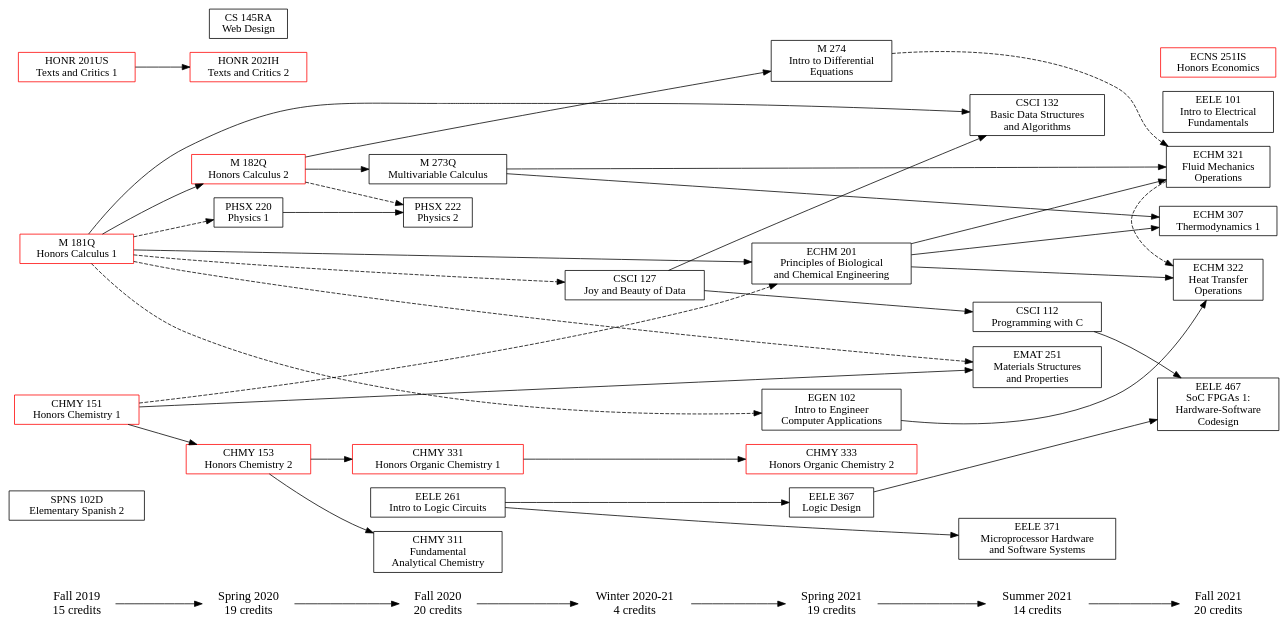
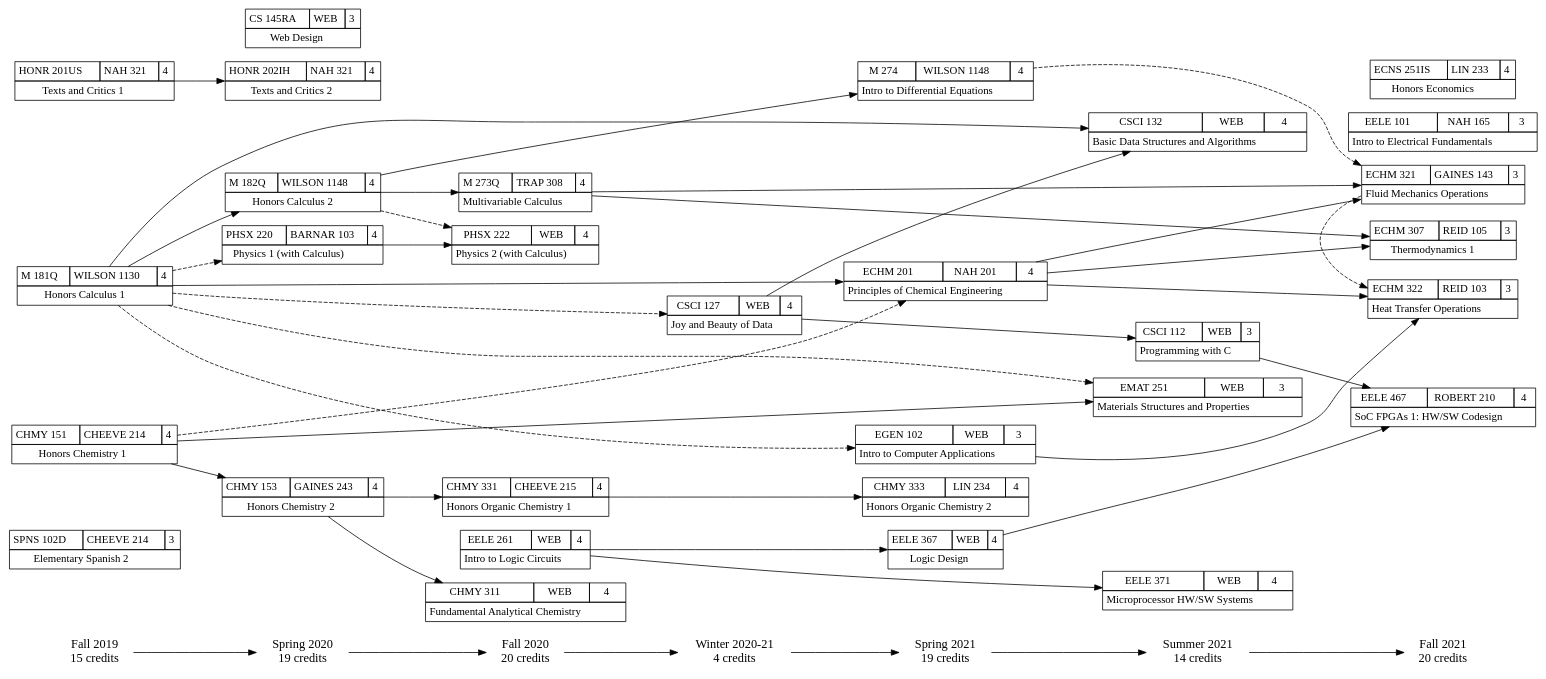
One commit to w-culhane/courses-flowchart changed the diagram in courses_current.gv. Above: the diagram before and after it, drawn with Graphviz. The commit also changed 1 other file, not shown here.

Commit message:
Migrate current courses to table format

```diff
--- a/courses_current.gv
+++ b/courses_current.gv
@@ -14,7 +14,7 @@
     "Summer 2021"    [label="\N\n14 credits"]
     "Fall 2021"      [label="\N\n20 credits"]
 
-    {node [shape=box];
+    {node [shape=none,margin=0];
         { rank = same; "Fall 2019"; "SPNS 102D"; "M 181Q"; "HONR 201US"; "CHMY 151"; }
         { rank = same; "Spring 2020"; "PHSX 220"; "M 182Q"; "HONR 202IH"; "CS 145RA"; "CHMY 153"; }
         { rank = same; "Fall 2020"; "PHSX 222"; "M 273Q"; "EELE 261"; "CHMY 331"; "CHMY 311"; }
@@ -25,61 +25,324 @@
     }
 
     // Honors classes
-    "CHMY 151"   [color=red]
-    "CHMY 153"   [color=red]
-    "CHMY 331"   [color=red]
-    "CHMY 333"   [color=red]
-    "HONR 201US" [color=red]
-    "HONR 202IH" [color=red]
-    "M 181Q"     [color=red]
-    "M 182Q"     [color=red]
-    "ECNS 251IS" [color=red]
+    // "CHMY 151"   [color=red]
+    // "CHMY 153"   [color=red]
+    // "CHMY 331"   [color=red]
+    // "CHMY 333"   [color=red]
+    // "HONR 201US" [color=red]
+    // "HONR 202IH" [color=red]
+    // "M 181Q"     [color=red]
+    // "M 182Q"     [color=red]
+    // "ECNS 251IS" [color=red]
 
     // Course labels
 
     // Fall 2019
-    "CHMY 151"   [label="\N\nHonors Chemistry 1"]
-    "HONR 201US" [label="\N\nTexts and Critics 1"]
-    "M 181Q"     [label="\N\nHonors Calculus 1"]
-    "SPNS 102D"  [label="\N\nElementary Spanish 2"]
+    "CHMY 151" [label=<
+    <TABLE BORDER="0" CELLBORDER="1" CELLSPACING="0" CELLPADDING="4">
+    <TR>
+    <TD>\N</TD>
+    <TD>CHEEVE 214</TD>
+    <TD>4</TD>
+    </TR>
+    <TR><TD COLSPAN="3">Honors Chemistry 1</TD></TR>
+    </TABLE>>];
+
+    "HONR 201US" [label=<
+    <TABLE BORDER="0" CELLBORDER="1" CELLSPACING="0" CELLPADDING="4">
+    <TR>
+    <TD>\N</TD>
+    <TD>NAH 321</TD>
+    <TD>4</TD>
+    </TR>
+    <TR><TD COLSPAN="3">Texts and Critics 1</TD></TR>
+    </TABLE>>];
+
+    "M 181Q" [label=<
+    <TABLE BORDER="0" CELLBORDER="1" CELLSPACING="0" CELLPADDING="4">
+    <TR>
+    <TD>\N</TD>
+    <TD>WILSON 1130</TD>
+    <TD>4</TD>
+    </TR>
+    <TR><TD COLSPAN="3">Honors Calculus 1</TD></TR>
+    </TABLE>>];
+
+    "SPNS 102D" [label=<
+    <TABLE BORDER="0" CELLBORDER="1" CELLSPACING="0" CELLPADDING="4">
+    <TR>
+    <TD>\N</TD>
+    <TD>CHEEVE 214</TD>
+    <TD>3</TD>
+    </TR>
+    <TR><TD COLSPAN="3">Elementary Spanish 2</TD></TR>
+    </TABLE>>];
 
     // Spring 2020
-    "CHMY 153"   [label="\N\nHonors Chemistry 2"]
-    "CS 145RA"   [label="\N\nWeb Design"]
-    "HONR 202IH" [label="\N\nTexts and Critics 2"]
-    "M 182Q"     [label="\N\nHonors Calculus 2"]
-    "PHSX 220"   [label="\N\nPhysics 1"]
+    "CHMY 153" [label=<
+    <TABLE BORDER="0" CELLBORDER="1" CELLSPACING="0" CELLPADDING="4">
+    <TR>
+    <TD>\N</TD>
+    <TD>GAINES 243</TD>
+    <TD>4</TD>
+    </TR>
+    <TR><TD COLSPAN="3">Honors Chemistry 2</TD></TR>
+    </TABLE>>];
+
+    "CS 145RA" [label=<
+    <TABLE BORDER="0" CELLBORDER="1" CELLSPACING="0" CELLPADDING="4">
+    <TR>
+    <TD>\N</TD>
+    <TD>WEB</TD>
+    <TD>3</TD>
+    </TR>
+    <TR><TD COLSPAN="3">Web Design</TD></TR>
+    </TABLE>>];
+
+    "HONR 202IH" [label=<
+    <TABLE BORDER="0" CELLBORDER="1" CELLSPACING="0" CELLPADDING="4">
+    <TR>
+    <TD>\N</TD>
+    <TD>NAH 321</TD>
+    <TD>4</TD>
+    </TR>
+    <TR><TD COLSPAN="3">Texts and Critics 2</TD></TR>
+    </TABLE>>];
+
+    "M 182Q" [label=<
+    <TABLE BORDER="0" CELLBORDER="1" CELLSPACING="0" CELLPADDING="4">
+    <TR>
+    <TD>\N</TD>
+    <TD>WILSON 1148</TD>
+    <TD>4</TD>
+    </TR>
+    <TR><TD COLSPAN="3">Honors Calculus 2</TD></TR>
+    </TABLE>>];
+
+    "PHSX 220" [label=<
+    <TABLE BORDER="0" CELLBORDER="1" CELLSPACING="0" CELLPADDING="4">
+    <TR>
+    <TD>\N</TD>
+    <TD>BARNAR 103</TD>
+    <TD>4</TD>
+    </TR>
+    <TR><TD COLSPAN="3">Physics 1 (with Calculus)</TD></TR>
+    </TABLE>>];
 
     // Fall 2020
-    "CHMY 311"   [label="\N\nFundamental\nAnalytical Chemistry"]
-    "CHMY 331"   [label="\N\nHonors Organic Chemistry 1"]
-    "EELE 261"   [label="\N\nIntro to Logic Circuits"]
-    "M 273Q"     [label="\N\nMultivariable Calculus"]
-    "PHSX 222"   [label="\N\nPhysics 2"]
+    "CHMY 311" [label=<
+    <TABLE BORDER="0" CELLBORDER="1" CELLSPACING="0" CELLPADDING="4">
+    <TR>
+    <TD>\N</TD>
+    <TD>WEB</TD>
+    <TD>4</TD>
+    </TR>
+    <TR><TD COLSPAN="3">Fundamental Analytical Chemistry</TD></TR>
+    </TABLE>>];
+
+    "CHMY 331" [label=<
+    <TABLE BORDER="0" CELLBORDER="1" CELLSPACING="0" CELLPADDING="4">
+    <TR>
+    <TD>\N</TD>
+    <TD>CHEEVE 215</TD>
+    <TD>4</TD>
+    </TR>
+    <TR><TD COLSPAN="3">Honors Organic Chemistry 1</TD></TR>
+    </TABLE>>];
+
+    "EELE 261" [label=<
+    <TABLE BORDER="0" CELLBORDER="1" CELLSPACING="0" CELLPADDING="4">
+    <TR>
+    <TD>\N</TD>
+    <TD>WEB</TD>
+    <TD>4</TD>
+    </TR>
+    <TR><TD COLSPAN="3">Intro to Logic Circuits</TD></TR>
+    </TABLE>>];
+
+    "M 273Q" [label=<
+    <TABLE BORDER="0" CELLBORDER="1" CELLSPACING="0" CELLPADDING="4">
+    <TR>
+    <TD>\N</TD>
+    <TD>TRAP 308</TD>
+    <TD>4</TD>
+    </TR>
+    <TR><TD COLSPAN="3">Multivariable Calculus</TD></TR>
+    </TABLE>>];
+
+    "PHSX 222" [label=<
+    <TABLE BORDER="0" CELLBORDER="1" CELLSPACING="0" CELLPADDING="4">
+    <TR>
+    <TD>\N</TD>
+    <TD>WEB</TD>
+    <TD>4</TD>
+    </TR>
+    <TR><TD COLSPAN="3">Physics 2 (with Calculus)</TD></TR>
+    </TABLE>>];
 
     // Winter 2020-21
-    "CSCI 127"   [label="\N\nJoy and Beauty of Data"]
+    "CSCI 127" [label=<
+    <TABLE BORDER="0" CELLBORDER="1" CELLSPACING="0" CELLPADDING="4">
+    <TR>
+    <TD>\N</TD>
+    <TD>WEB</TD>
+    <TD>4</TD>
+    </TR>
+    <TR><TD COLSPAN="3">Joy and Beauty of Data</TD></TR>
+    </TABLE>>];
 
     // Spring 2021
-    "CHMY 333"   [label="\N\nHonors Organic Chemistry 2"]
-    "ECHM 201"   [label="\N\nPrinciples of Biological\nand Chemical Engineering"]
-    "EELE 367"   [label="\N\nLogic Design"]
-    "EGEN 102"   [label="\N\nIntro to Engineer\nComputer Applications"]
-    "M 274"      [label="\N\nIntro to Differential\nEquations"]
+    "CHMY 333" [label=<
+    <TABLE BORDER="0" CELLBORDER="1" CELLSPACING="0" CELLPADDING="4">
+    <TR>
+    <TD>\N</TD>
+    <TD>LIN 234</TD>
+    <TD>4</TD>
+    </TR>
+    <TR><TD COLSPAN="3">Honors Organic Chemistry 2</TD></TR>
+    </TABLE>>];
+
+    "ECHM 201" [label=<
+    <TABLE BORDER="0" CELLBORDER="1" CELLSPACING="0" CELLPADDING="4">
+    <TR>
+    <TD>\N</TD>
+    <TD>NAH 201</TD>
+    <TD>4</TD>
+    </TR>
+    <TR><TD COLSPAN="3">Principles of Chemical Engineering</TD></TR>
+    </TABLE>>];
+
+    "EELE 367" [label=<
+    <TABLE BORDER="0" CELLBORDER="1" CELLSPACING="0" CELLPADDING="4">
+    <TR>
+    <TD>\N</TD>
+    <TD>WEB</TD>
+    <TD>4</TD>
+    </TR>
+    <TR><TD COLSPAN="3">Logic Design</TD></TR>
+    </TABLE>>];
+
+    "EGEN 102" [label=<
+    <TABLE BORDER="0" CELLBORDER="1" CELLSPACING="0" CELLPADDING="4">
+    <TR>
+    <TD>\N</TD>
+    <TD>WEB</TD>
+    <TD>3</TD>
+    </TR>
+    <TR><TD COLSPAN="3">Intro to Computer Applications</TD></TR>
+    </TABLE>>];
+
+    "M 274" [label=<
+    <TABLE BORDER="0" CELLBORDER="1" CELLSPACING="0" CELLPADDING="4">
+    <TR>
+    <TD>\N</TD>
+    <TD>WILSON 1148</TD>
+    <TD>4</TD>
+    </TR>
+    <TR><TD COLSPAN="3">Intro to Differential Equations</TD></TR>
+    </TABLE>>];
 
     // Summer 2021
-    "CSCI 112"   [label="\N\nProgramming with C"]
-    "CSCI 132"   [label="\N\nBasic Data Structures\nand Algorithms"]
-    "EELE 371"   [label="\N\nMicroprocessor Hardware\nand Software Systems"]
-    "EMAT 251"   [label="\N\nMaterials Structures\nand Properties"]
+    "CSCI 112" [label=<
+    <TABLE BORDER="0" CELLBORDER="1" CELLSPACING="0" CELLPADDING="4">
+    <TR>
+    <TD>\N</TD>
+    <TD>WEB</TD>
+    <TD>3</TD>
+    </TR>
+    <TR><TD COLSPAN="3">Programming with C</TD></TR>
+    </TABLE>>];
+
+    "CSCI 132" [label=<
+    <TABLE BORDER="0" CELLBORDER="1" CELLSPACING="0" CELLPADDING="4">
+    <TR>
+    <TD>\N</TD>
+    <TD>WEB</TD>
+    <TD>4</TD>
+    </TR>
+    <TR><TD COLSPAN="3">Basic Data Structures and Algorithms</TD></TR>
+    </TABLE>>];
+
+    "EELE 371" [label=<
+    <TABLE BORDER="0" CELLBORDER="1" CELLSPACING="0" CELLPADDING="4">
+    <TR>
+    <TD>\N</TD>
+    <TD>WEB</TD>
+    <TD>4</TD>
+    </TR>
+    <TR><TD COLSPAN="3">Microprocessor HW/SW Systems</TD></TR>
+    </TABLE>>];
+
+    "EMAT 251" [label=<
+    <TABLE BORDER="0" CELLBORDER="1" CELLSPACING="0" CELLPADDING="4">
+    <TR>
+    <TD>\N</TD>
+    <TD>WEB</TD>
+    <TD>3</TD>
+    </TR>
+    <TR><TD COLSPAN="3">Materials Structures and Properties</TD></TR>
+    </TABLE>>];
 
     // Fall 2021
-    "ECHM 307"   [label="\N\nThermodynamics 1"]
-    "ECHM 321"   [label="\N\nFluid Mechanics\nOperations"]
-    "ECHM 322"   [label="\N\nHeat Transfer\nOperations"]
-    "ECNS 251IS" [label="\N\nHonors Economics"]
-    "EELE 101"   [label="\N\nIntro to Electrical\nFundamentals"]
-    "EELE 467"   [label="\N\nSoC FPGAs 1:\nHardware-Software\nCodesign"]
+    "ECHM 307" [label=<
+    <TABLE BORDER="0" CELLBORDER="1" CELLSPACING="0" CELLPADDING="4">
+    <TR>
+    <TD>\N</TD>
+    <TD>REID 105</TD>
+    <TD>3</TD>
+    </TR>
+    <TR><TD COLSPAN="3">Thermodynamics 1</TD></TR>
+    </TABLE>>];
+
+    "ECHM 321" [label=<
+    <TABLE BORDER="0" CELLBORDER="1" CELLSPACING="0" CELLPADDING="4">
+    <TR>
+    <TD>\N</TD>
+    <TD>GAINES 143</TD>
+    <TD>3</TD>
+    </TR>
+    <TR><TD COLSPAN="3">Fluid Mechanics Operations</TD></TR>
+    </TABLE>>];
+
+    "ECHM 322" [label=<
+    <TABLE BORDER="0" CELLBORDER="1" CELLSPACING="0" CELLPADDING="4">
+    <TR>
+    <TD>\N</TD>
+    <TD>REID 103</TD>
+    <TD>3</TD>
+    </TR>
+    <TR><TD COLSPAN="3">Heat Transfer Operations</TD></TR>
+    </TABLE>>];
+
+    "ECNS 251IS" [label=<
+    <TABLE BORDER="0" CELLBORDER="1" CELLSPACING="0" CELLPADDING="4">
+    <TR>
+    <TD>\N</TD>
+    <TD>LIN 233</TD>
+    <TD>4</TD>
+    </TR>
+    <TR><TD COLSPAN="3">Honors Economics</TD></TR>
+    </TABLE>>];
+
+    "EELE 101" [label=<
+    <TABLE BORDER="0" CELLBORDER="1" CELLSPACING="0" CELLPADDING="4">
+    <TR>
+    <TD>\N</TD>
+    <TD>NAH 165</TD>
+    <TD>3</TD>
+    </TR>
+    <TR><TD COLSPAN="3">Intro to Electrical Fundamentals</TD></TR>
+    </TABLE>>];
+
+    "EELE 467" [label=<
+    <TABLE BORDER="0" CELLBORDER="1" CELLSPACING="0" CELLPADDING="4">
+    <TR>
+    <TD>\N</TD>
+    <TD>ROBERT 210</TD>
+    <TD>4</TD>
+    </TR>
+    <TR><TD COLSPAN="3">SoC FPGAs 1: HW/SW Codesign</TD></TR>
+    </TABLE>>];
 
     // Course pre- & co- requisites
 
```
